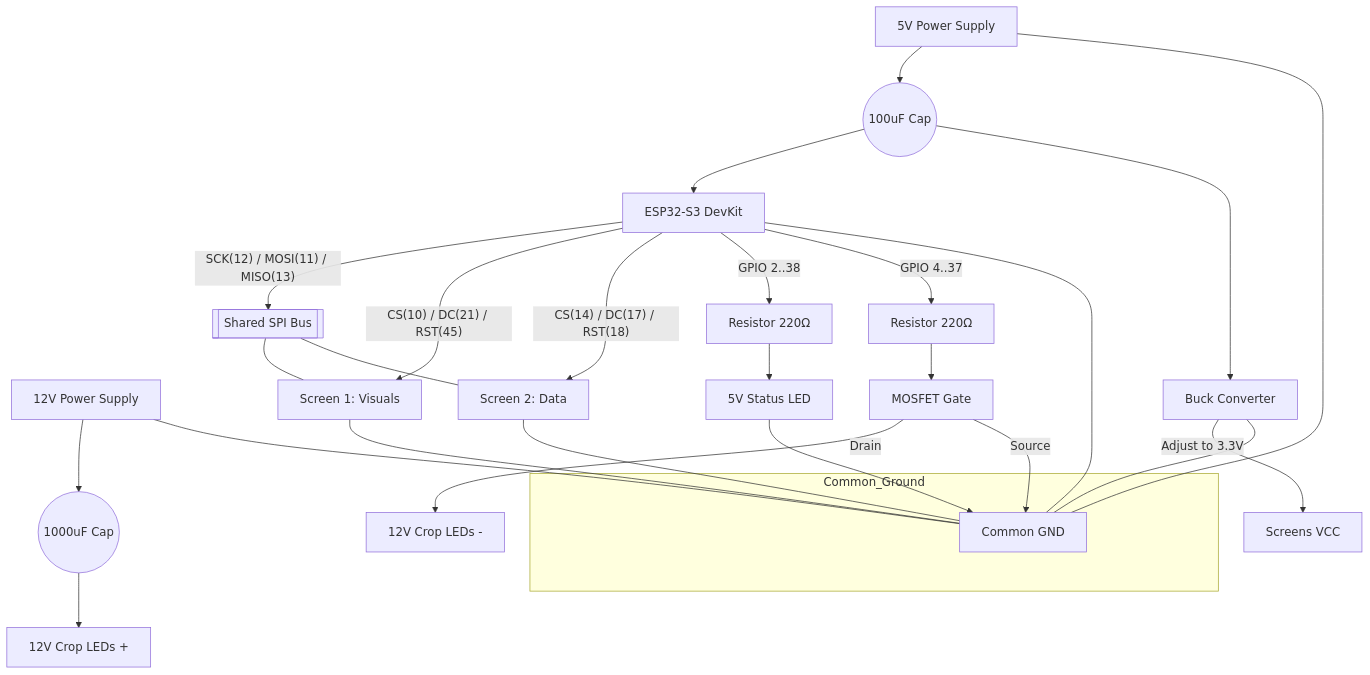
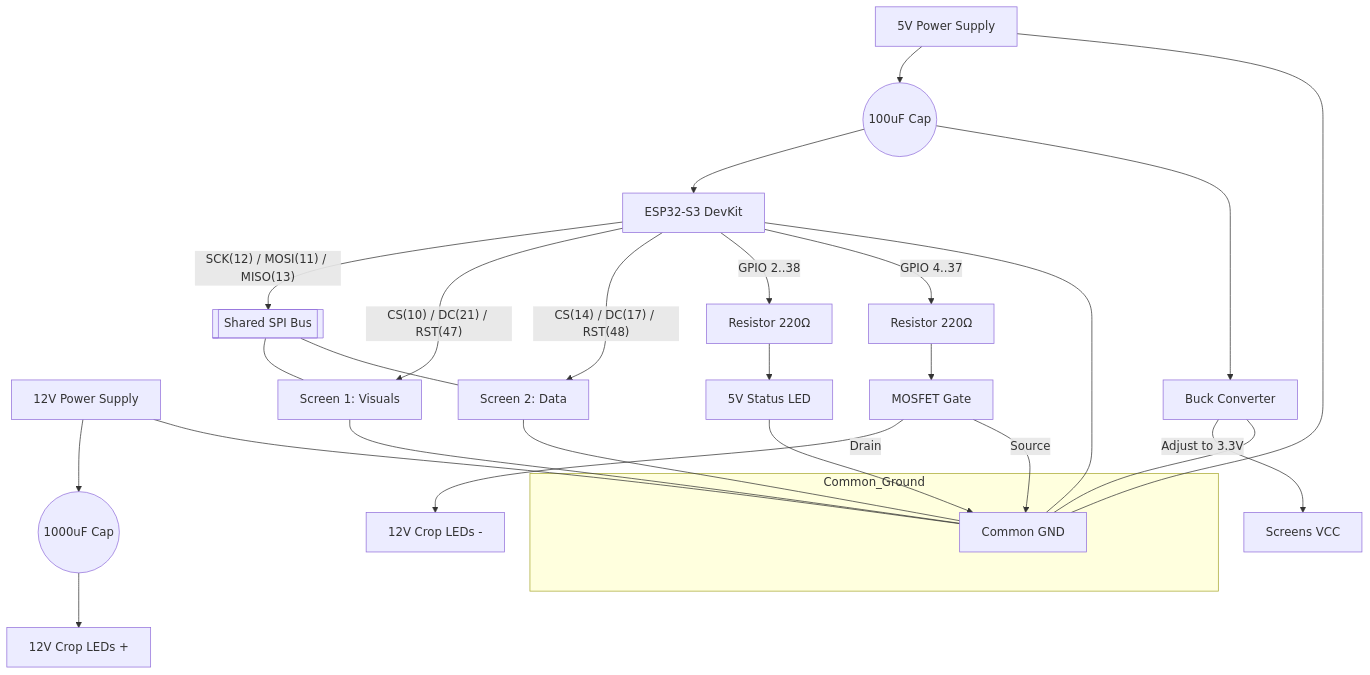
One commit to akashbiswas7074/krishi changed the diagram in walkthrough.md. Above: the diagram before and after it, drawn with Mermaid. The commit also changed other lines of this file and 1224 other files, not shown here.

````diff
--- a/walkthrough.md
+++ b/walkthrough.md
@@ -79,43 +79,43 @@
 ```mermaid
 graph TD
     %% Power Supplies
     PS_12V[12V Power Supply] --> Cap12V((1000uF Cap))
     Cap12V --> LEDS_12V[12V Crop LEDs +]
     
     PS_5V[5V Power Supply] --> Cap5V((100uF Cap))
     Cap5V --> ESP[ESP32-S3 DevKit]
     Cap5V --> Buck[Buck Converter]
     
     %% Dual Screen Wiring (SPI & Power)
     Buck -- "Adjust to 3.3V" --> VCC_SCREENS[Screens VCC]
     ESP -- "SCK(12) / MOSI(11) / MISO(13)" --> SPI_BUS[[Shared SPI Bus]]
     
     SPI_BUS --- Scr1[Screen 1: Visuals]
     SPI_BUS --- Scr2[Screen 2: Data]
     
-    ESP -- "CS(10) / DC(21) / RST(45)" --> Scr1
-    ESP -- "CS(14) / DC(17) / RST(18)" --> Scr2
+    ESP -- "CS(10) / DC(21) / RST(47)" --> Scr1
+    ESP -- "CS(14) / DC(17) / RST(48)" --> Scr2
     
     %% Type 1: 5V Status LEDs (Control Panel)
     ESP -- "GPIO 2..38" --> Res5V[Resistor 220Ω]
     Res5V --> LED_5V[5V Status LED]
     LED_5V --> GND
     
     %% Type 2: 12V Crop LEDs (Diorama Fields)
     ESP -- "GPIO 4..37" --> Res12V[Resistor 220Ω]
     Res12V --> MOSFETs[MOSFET Gate]
     MOSFETs -- "Drain" --> LEDS_12V_GND[12V Crop LEDs -]
     MOSFETs -- "Source" --> GND
     
     %% Shared Ground
     subgraph Common_Ground
     GND[Common GND]
     end
     
     ESP --- GND
     PS_12V --- GND
     PS_5V --- GND
     Buck --- GND
     Scr1 --- GND
     Scr2 --- GND
 ```
````
